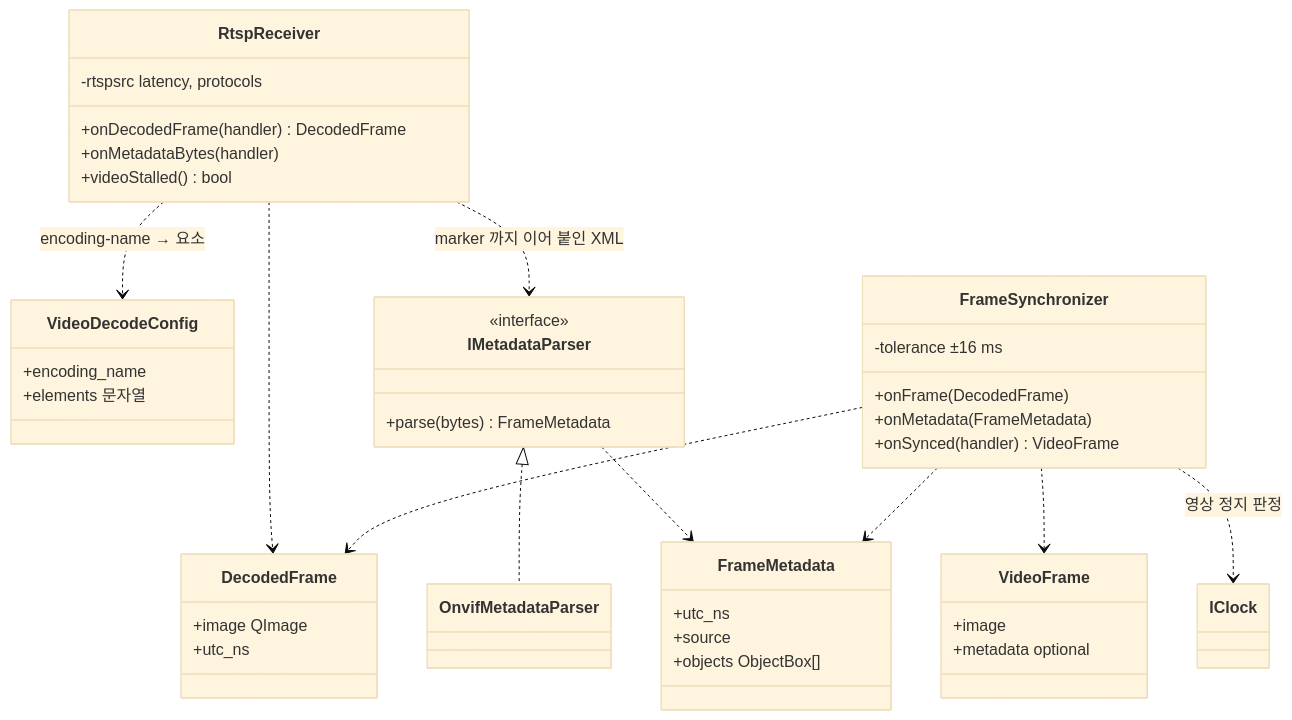
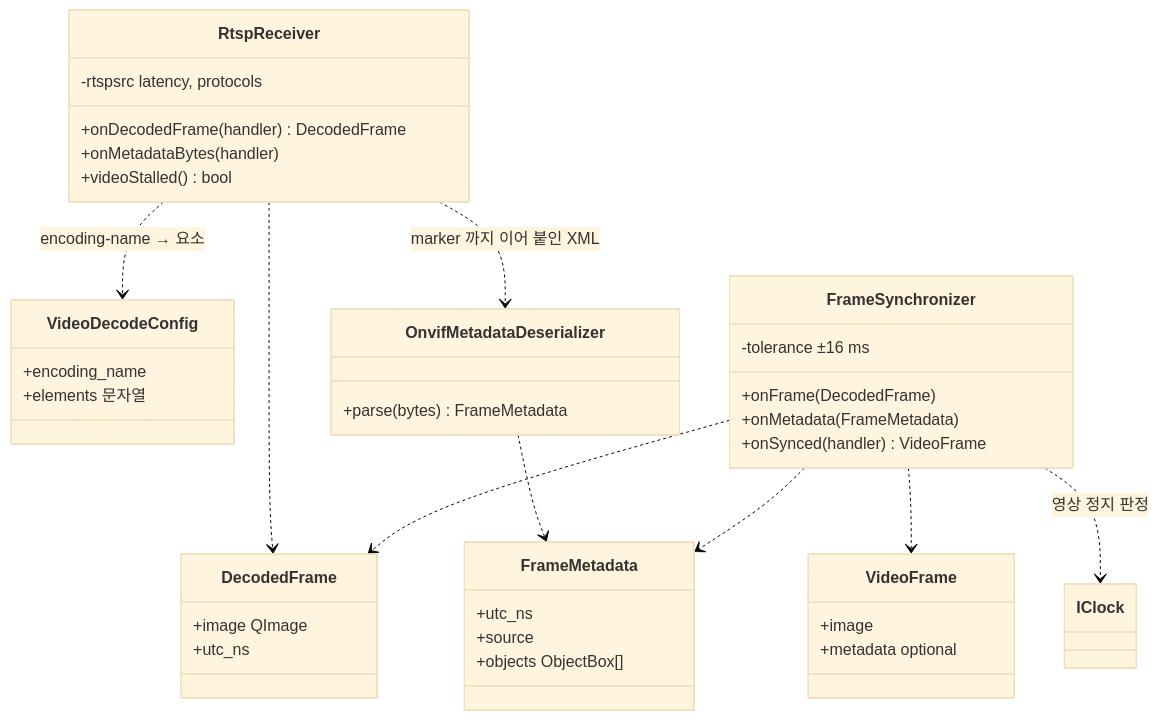
Before and after one commit to lig-argus/argus-edge-vision: the second of 2 diagrams in docs/design/uml/class_video.md, drawn with Mermaid (base theme). The commit also changed other lines of this file and 3 other files, not shown here.

````diff
--- a/docs/design/uml/class_video.md
+++ b/docs/design/uml/class_video.md
@@ -77,47 +85,44 @@
 ```mermaid
 classDiagram
     class VideoDecodeConfig {
         +encoding_name
         +elements 문자열
     }
     class RtspReceiver {
         -rtspsrc latency, protocols
         +onDecodedFrame(handler) DecodedFrame
         +onMetadataBytes(handler)
         +videoStalled() bool
     }
     class DecodedFrame {
         +image QImage
         +utc_ns
     }
-    class IMetadataParser {
-        <<interface>>
+    class OnvifMetadataDeserializer {
         +parse(bytes) FrameMetadata
     }
-    class OnvifMetadataParser
     class FrameMetadata {
         +utc_ns
         +source
         +objects ObjectBox[]
     }
     class FrameSynchronizer {
         -tolerance ±16 ms
         +onFrame(DecodedFrame)
         +onMetadata(FrameMetadata)
         +onSynced(handler) VideoFrame
     }
     class VideoFrame {
         +image
         +metadata optional
     }
 
-    IMetadataParser <|.. OnvifMetadataParser
     RtspReceiver ..> VideoDecodeConfig : encoding-name → 요소
     RtspReceiver ..> DecodedFrame
-    RtspReceiver ..> IMetadataParser : marker 까지 이어 붙인 XML
-    IMetadataParser ..> FrameMetadata
+    RtspReceiver ..> OnvifMetadataDeserializer : marker 까지 이어 붙인 XML
+    OnvifMetadataDeserializer ..> FrameMetadata
     FrameSynchronizer ..> DecodedFrame
     FrameSynchronizer ..> FrameMetadata
     FrameSynchronizer ..> VideoFrame
     FrameSynchronizer ..> IClock : 영상 정지 판정
 ```
````
